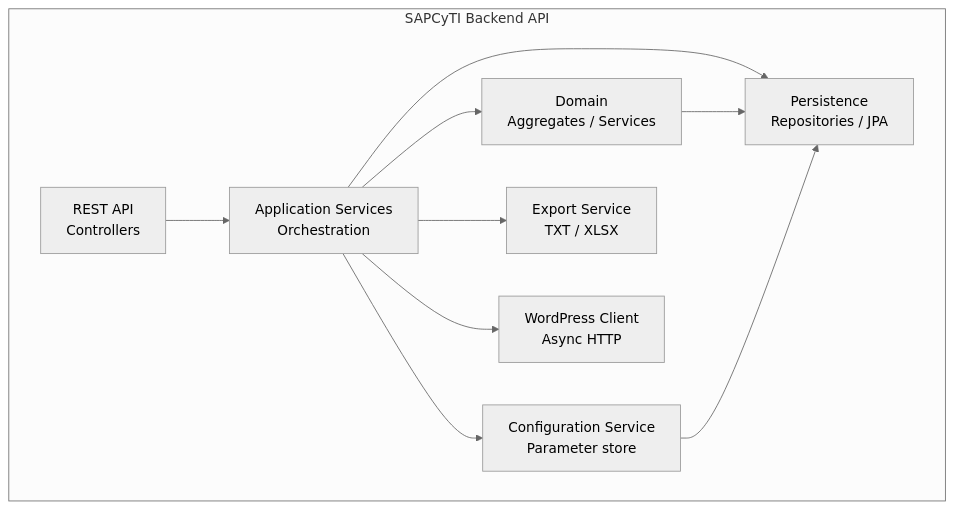
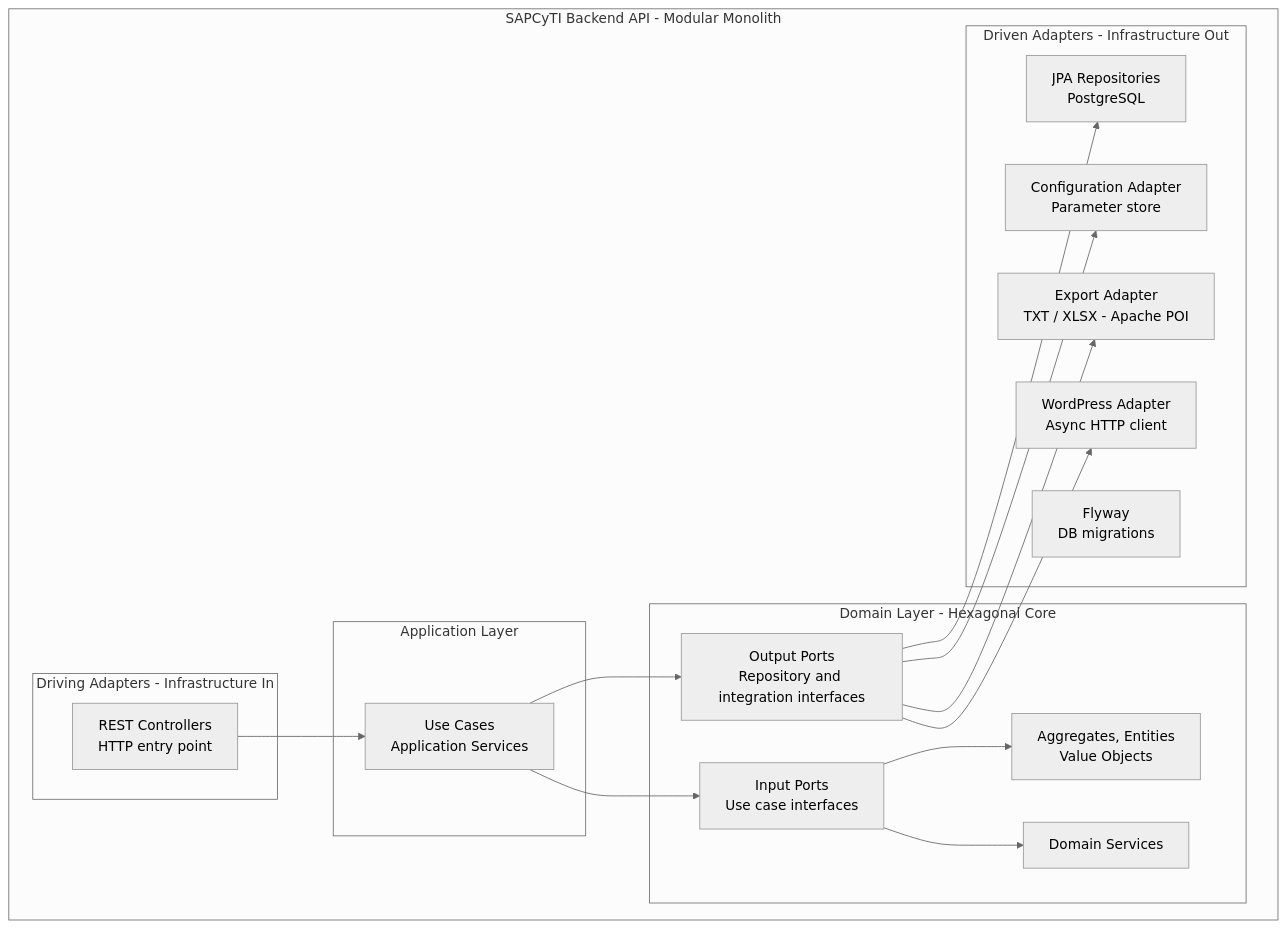
One commit to SAPCyTI-UAM-I/Docs changed the fourth of 17 diagrams in Design/Architecture.md. Above: the diagram before and after it, drawn with Mermaid (neutral theme). The commit also changed other lines of this file, not shown here.

Commit message:
docs: translate architecture documentation and diagrams to English - Iteration 2 refinement

````diff
--- a/Design/Architecture.md
+++ b/Design/Architecture.md
@@ -301,21 +302,37 @@
 ```mermaid
 flowchart TB
-    subgraph API["SAPCyTI Backend API"]
-        REST["REST API\nControllers"]
-        APP["Application Services\nOrchestration"]
-        DOM["Domain\nAggregates / Services"]
-        PERS["Persistence\nRepositories / JPA"]
-        CONFSVC["Configuration Service\nParameter store"]
-        EXPSVC["Export Service\nTXT / XLSX"]
-        WPCLIENT["WordPress Client\nAsync HTTP"]
+    subgraph API["SAPCyTI Backend API - Modular Monolith"]
+        subgraph Adapters_In["Driving Adapters - Infrastructure In"]
+            REST["REST Controllers\nHTTP entry point"]
+        end
+
+        subgraph Application["Application Layer"]
+            USECASES["Use Cases\nApplication Services"]
+        end
+
+        subgraph Domain["Domain Layer - Hexagonal Core"]
+            AGG["Aggregates, Entities\nValue Objects"]
+            DOMSVC["Domain Services"]
+            PORTS_IN["Input Ports\nUse case interfaces"]
+            PORTS_OUT["Output Ports\nRepository and integration interfaces"]
+        end
+
+        subgraph Adapters_Out["Driven Adapters - Infrastructure Out"]
+            JPA["JPA Repositories\nPostgreSQL"]
+            CONFSVC["Configuration Adapter\nParameter store"]
+            EXPSVC["Export Adapter\nTXT / XLSX - Apache POI"]
+            WPCLIENT["WordPress Adapter\nAsync HTTP client"]
+            FLYWAY["Flyway\nDB migrations"]
+        end
     end
 
-    REST --> APP
-    APP --> DOM
-    APP --> PERS
-    APP --> CONFSVC
-    APP --> EXPSVC
-    APP --> WPCLIENT
-    DOM --> PERS
-    CONFSVC --> PERS
+    REST --> USECASES
+    USECASES --> PORTS_IN
+    PORTS_IN --> AGG
+    PORTS_IN --> DOMSVC
+    USECASES --> PORTS_OUT
+    PORTS_OUT --> JPA
+    PORTS_OUT --> CONFSVC
+    PORTS_OUT --> EXPSVC
+    PORTS_OUT --> WPCLIENT
 ```
````
